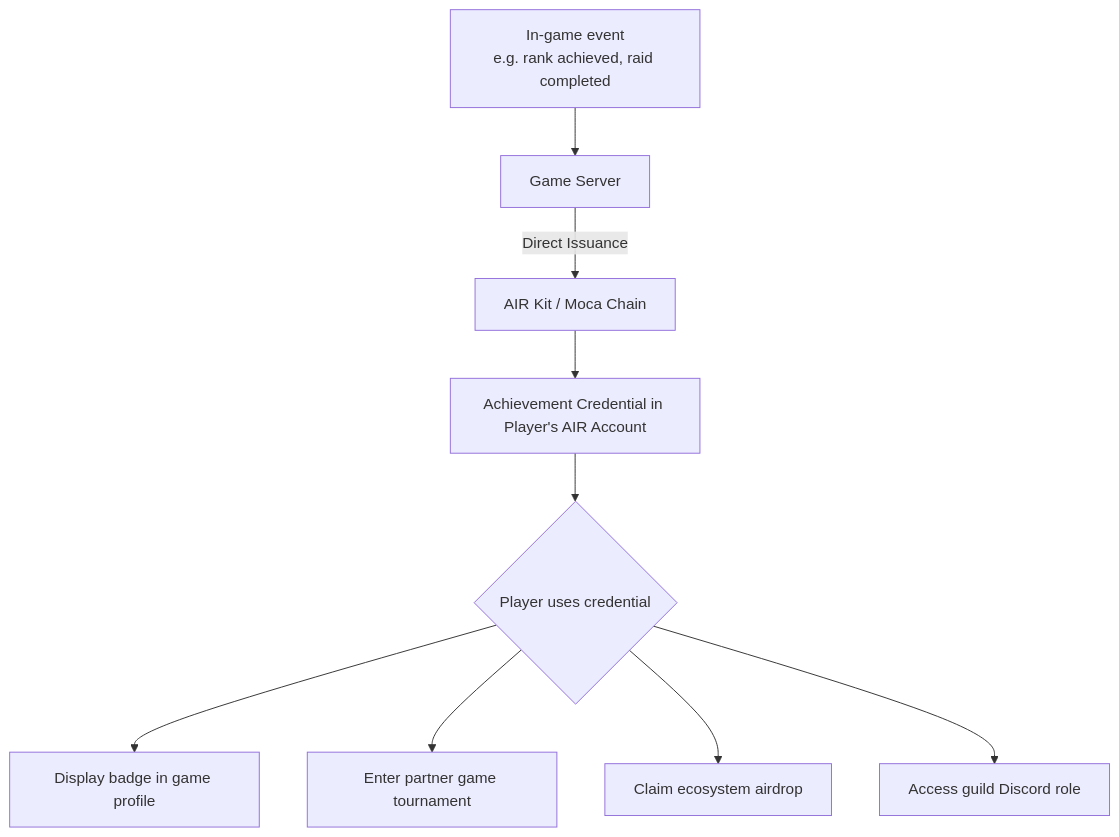
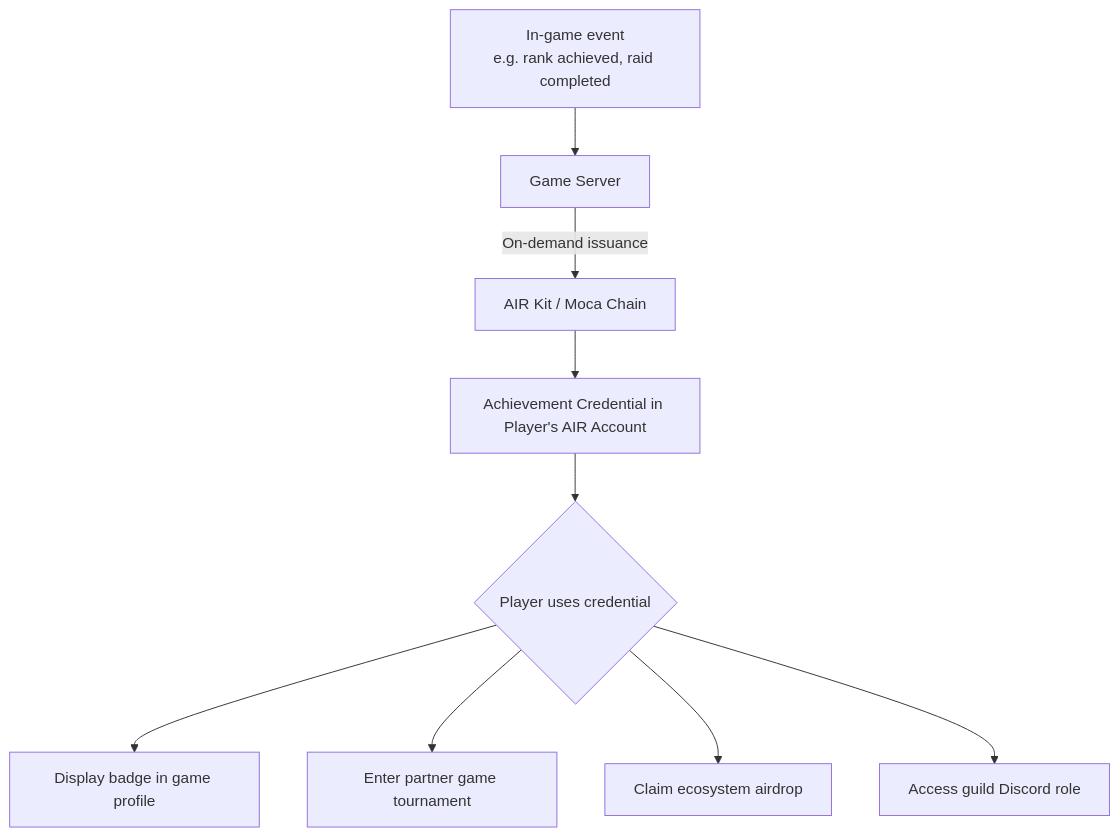
The diagram in airkit/guides/air-for-gaming.mdx (MocaNetwork/docs), drawn with Mermaid before and after one commit. The commit also changed other lines of this file and 31 other files, not shown here.

````diff
--- a/airkit/guides/air-for-gaming.mdx
+++ b/airkit/guides/air-for-gaming.mdx
@@ -19,12 +19,12 @@
 ```mermaid
 graph TD
     A["In-game event\ne.g. rank achieved, raid completed"] --> B[Game Server]
-    B -->|Direct Issuance| C[AIR Kit / Moca Chain]
+    B -->|On-demand issuance| C[AIR Kit / Moca Chain]
     C --> D[Achievement Credential in Player's AIR Account]
 
     D --> E{Player uses credential}
     E --> F[Display badge in game profile]
     E --> G[Enter partner game tournament]
     E --> H[Claim ecosystem airdrop]
     E --> I[Access guild Discord role]
 ```
````
